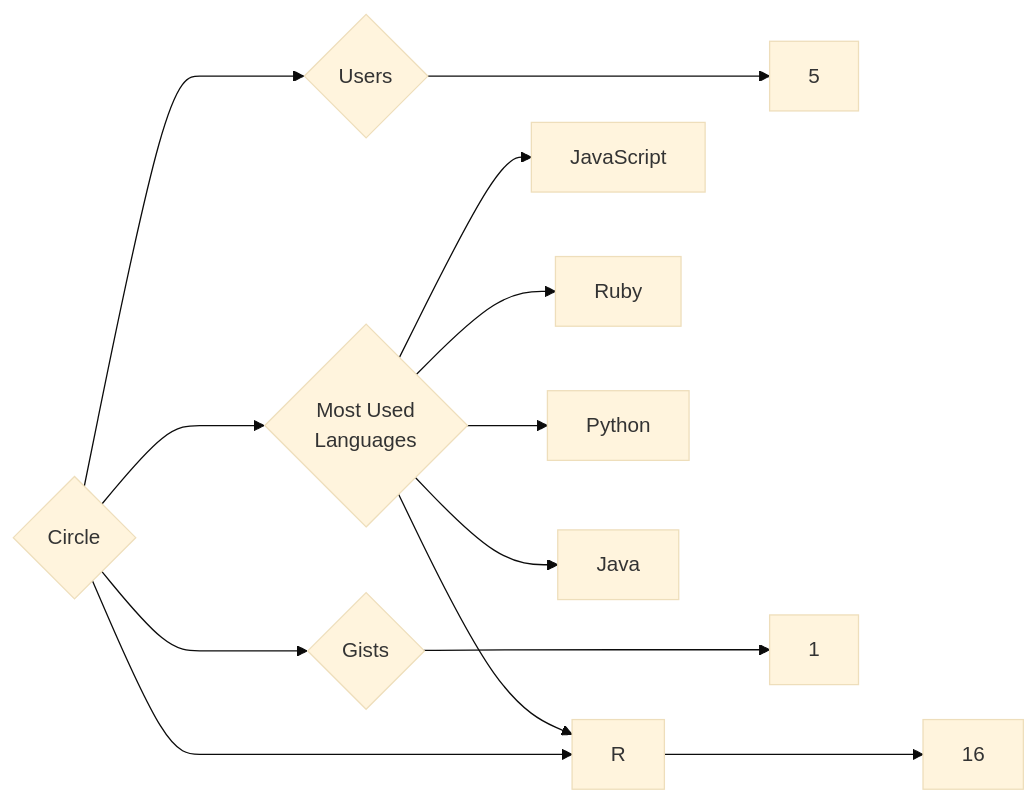
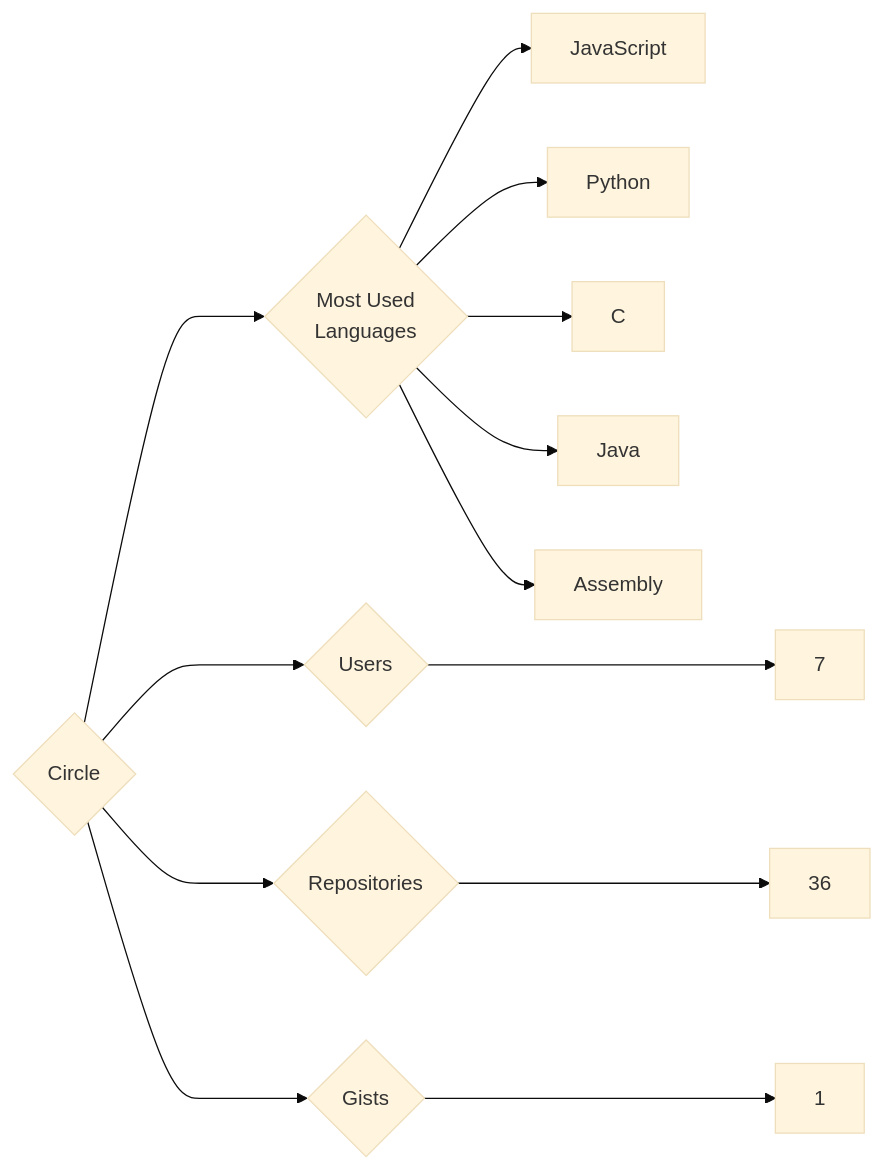
Before and after one commit to trickest/insiders: the diagram in targets/Circle/README.md, drawn with Mermaid (base theme). The commit also changed 1084 other files, not shown here.

````diff
--- a/targets/Circle/README.md
+++ b/targets/Circle/README.md
@@ -3,13 +3,13 @@
 ```mermaid
 graph LR
 COMPANY_NAME{Circle}
-COMPANY_NAME ---> U{Users} ---> UN[5]
-COMPANY_NAME ---> R{Repositories} ---> RN[16]
+COMPANY_NAME ---> U{Users} ---> UN[7]
+COMPANY_NAME ---> R{Repositories} ---> RN[36]
 COMPANY_NAME ---> G{Gists} ---> GN[1]
 COMPANY_NAME ---> ML{Most Used<br>Languages}
 ML --> JavaScript[JavaScript]
-ML --> Ruby[Ruby]
-ML --> R[R]
 ML --> Python[Python]
+ML --> C[C]
 ML --> Java[Java]
+ML --> Assembly[Assembly]
 ```
````
